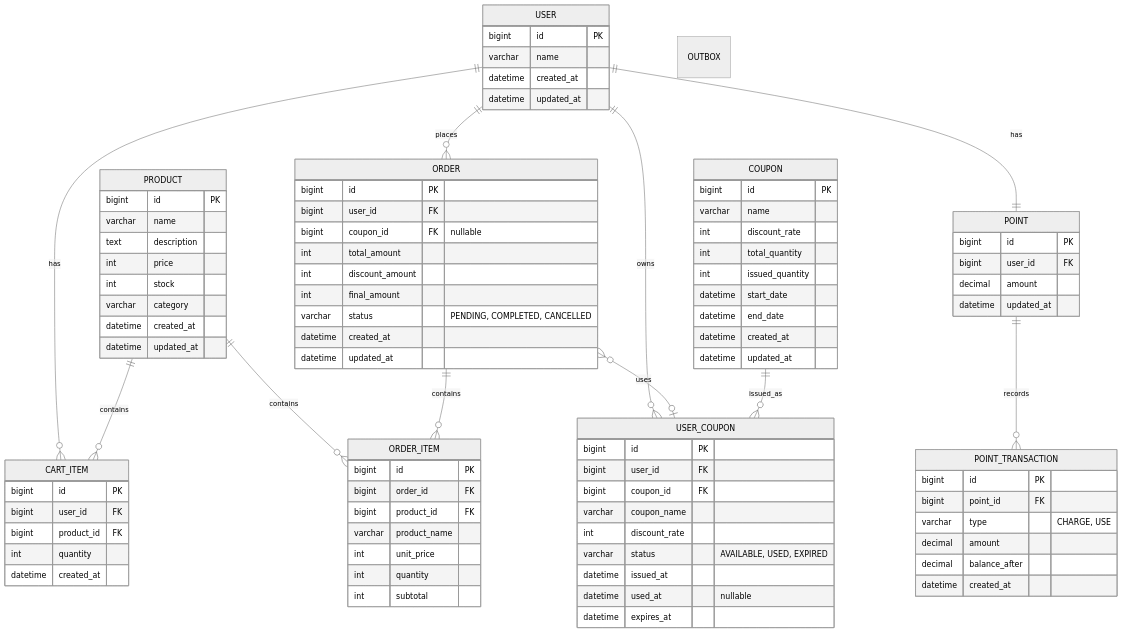
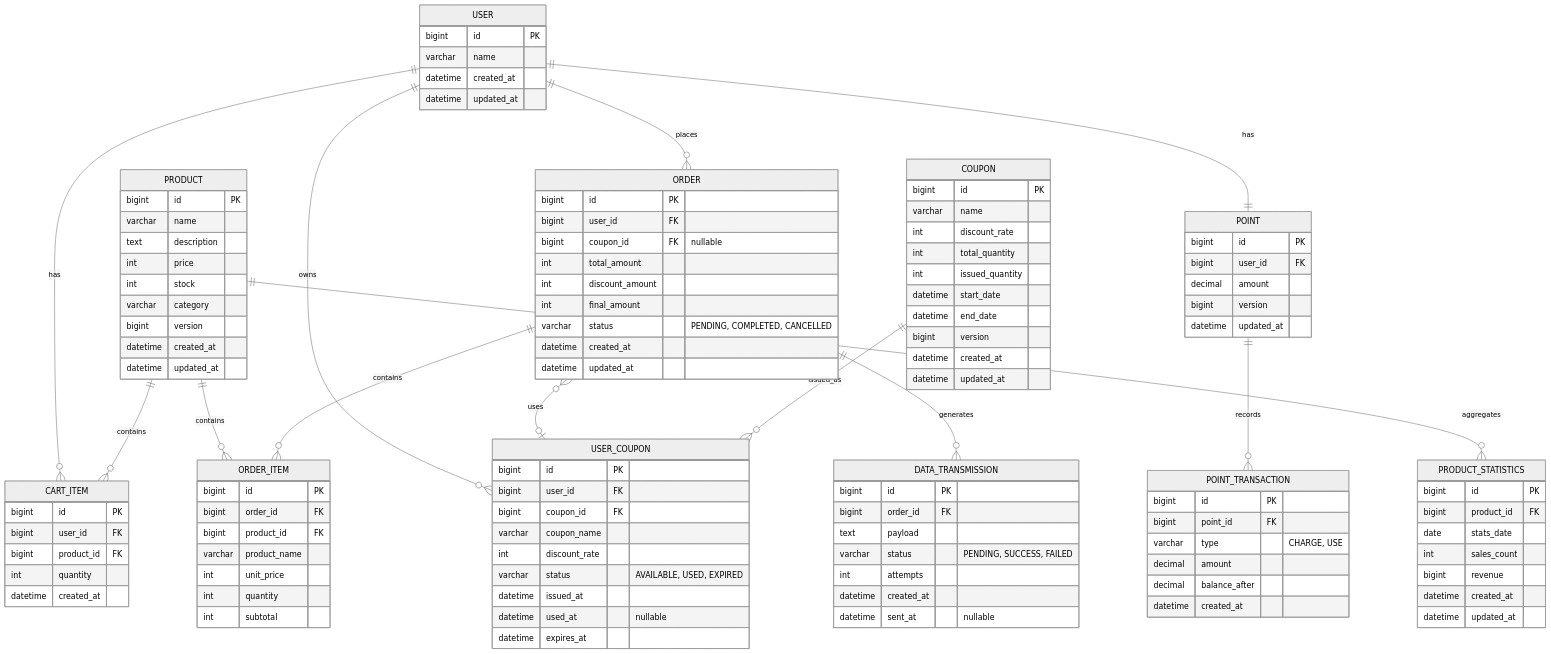
One commit to ji-0o0o0o0/hhplus_e-commerce changed the diagram in docs/data-models.md. Above: the diagram before and after it, drawn with Mermaid (neutral theme). The commit also changed other lines of this file and 5 other files, not shown here.

````diff
--- a/docs/data-models.md
+++ b/docs/data-models.md
@@ -30,6 +48,7 @@
         bigint id PK
         bigint user_id FK
         decimal amount
+        bigint version
         datetime updated_at
     }
     
@@ -49,6 +68,7 @@
         int price
         int stock
         varchar category
+        bigint version
         datetime created_at
         datetime updated_at
     }
@@ -91,6 +111,7 @@
         int issued_quantity
         datetime start_date
         datetime end_date
+        bigint version
         datetime created_at
         datetime updated_at
     }
@@ -106,6 +127,28 @@
         datetime used_at "nullable"
         datetime expires_at
     }
-    OUTBOX {
+
+    DATA_TRANSMISSION {
+        bigint id PK
+        bigint order_id FK
+        text payload
+        varchar status "PENDING, SUCCESS, FAILED"
+        int attempts
+        datetime created_at
+        datetime sent_at "nullable"
+    }
+
+    ORDER ||--o{ DATA_TRANSMISSION : generates
+
+    PRODUCT ||--o{ PRODUCT_STATISTICS : aggregates
+
+    PRODUCT_STATISTICS {
+        bigint id PK
+        bigint product_id FK
+        date stats_date
+        int sales_count
+        bigint revenue
+        datetime created_at
+        datetime updated_at
     }
 ```
````
